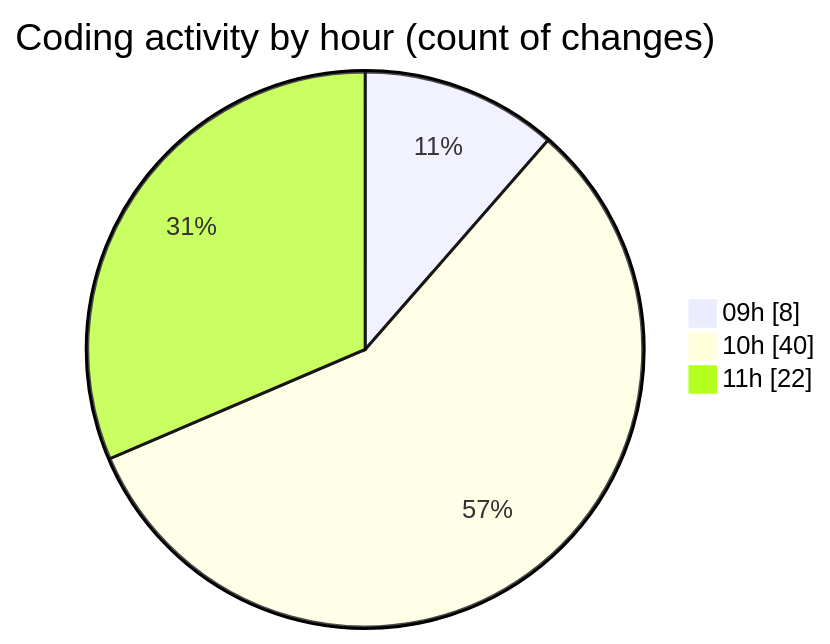
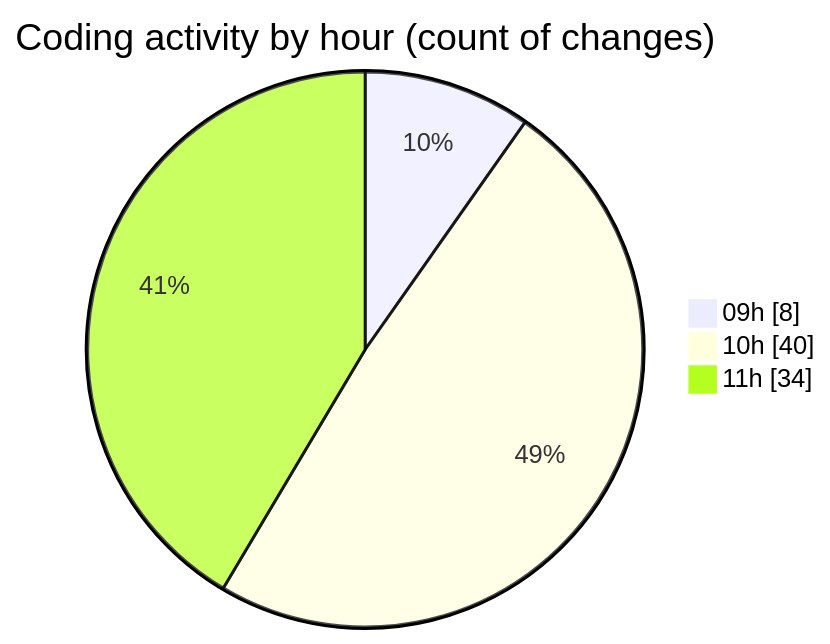
Before and after one commit to momahboobian/code-tracking: the second of 2 diagrams in 2025-09-01/cda/README.md, drawn with Mermaid. The commit also changed other lines of this file and 1 other file, not shown here.

````diff
--- a/2025-09-01/cda/README.md
+++ b/2025-09-01/cda/README.md
@@ -37,7 +37,7 @@
 ```mermaid
 pie showData
 title Coding activity by hour (count of changes)
 "09h" : 8
 "10h" : 40
-"11h" : 22
+"11h" : 34
 ```
````
